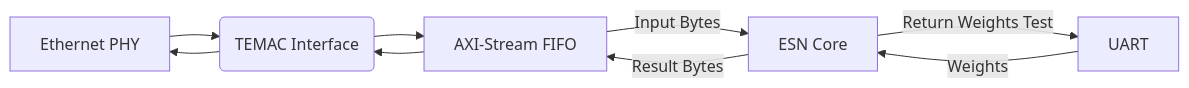
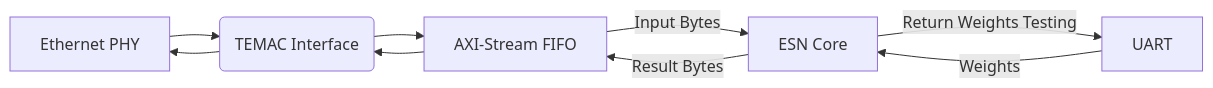
One commit to muhammadfarhan720/RNN-MIMO-Ethernet-accelerator changed the second of 2 diagrams in README.md. Above: the diagram before and after it, drawn with Mermaid.

````diff
--- a/README.md
+++ b/README.md
@@ -69,11 +69,11 @@
 ```mermaid
 graph LR
     A[Ethernet PHY] --> B(TEMAC Interface)
     B(TEMAC Interface) --> A[Ethernet PHY]
     B --> C[AXI-Stream FIFO]
     C --> |Input Bytes| D[ESN Core]
     E[UART] -->|Weights| D
-    D -->|Return Weights Test| E
+    D -->|Return Weights Testing| E
     D -->|Result Bytes| C
     C --> B
 ```
````
